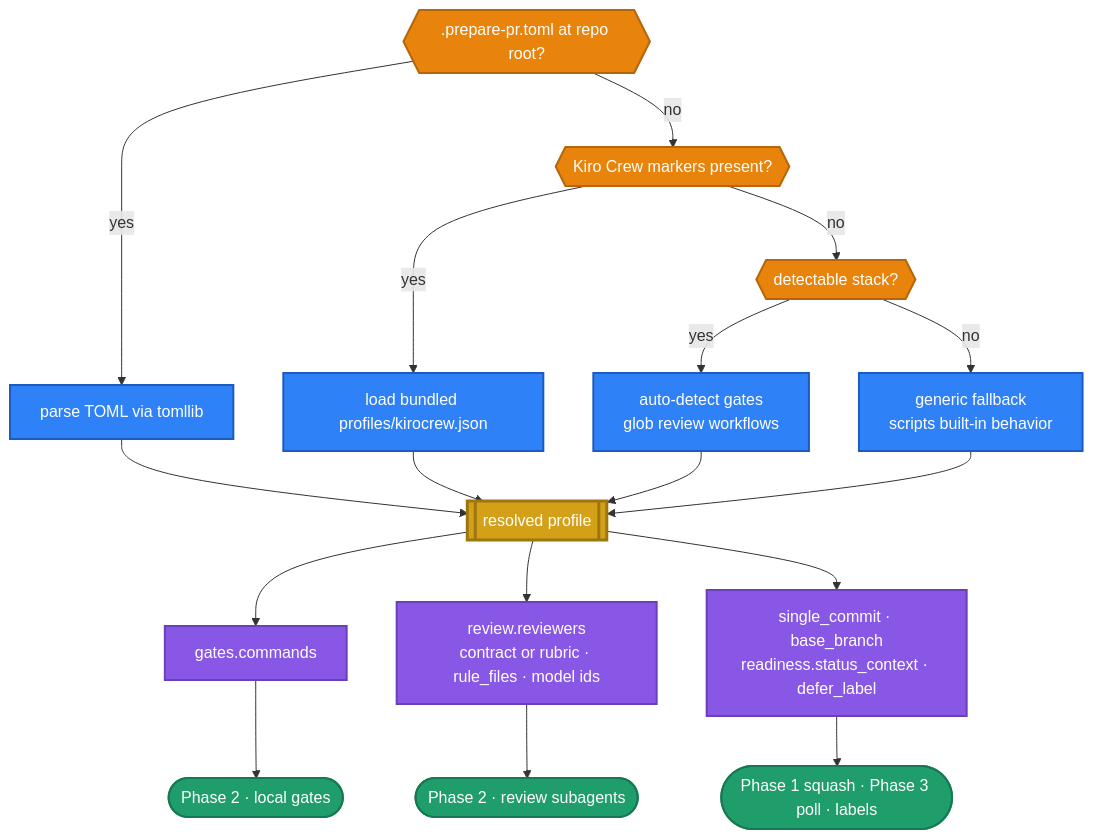
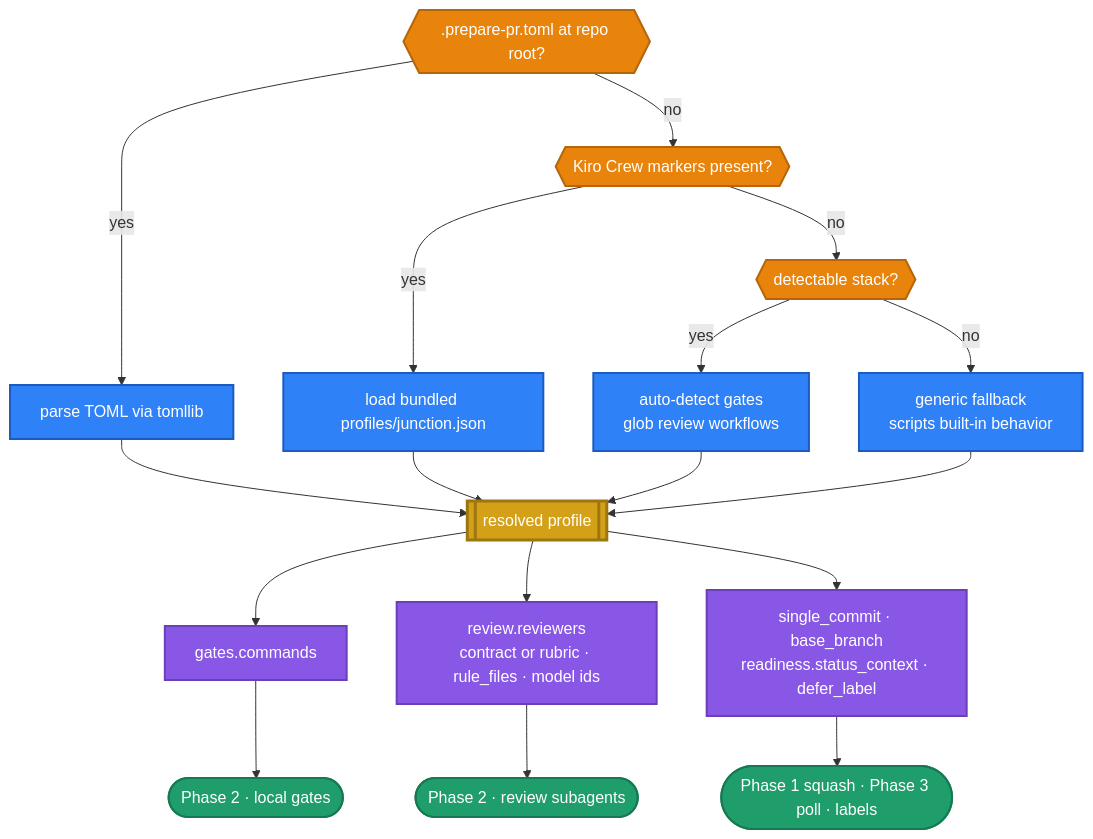
One commit to laqaer/acpcrew changed the second of 2 diagrams in docs/ci/prepare-pr-portability.md. Above: the diagram before and after it, drawn with Mermaid. The commit also changed other lines of this file and 5318 other files, not shown here.

````diff
--- a/docs/ci/prepare-pr-portability.md
+++ b/docs/ci/prepare-pr-portability.md
@@ -247,35 +247,35 @@
 ```mermaid
 flowchart TB
     C1{{".prepare-pr.toml at repo root?"}}
     C1 -->|"yes"| P1["parse TOML via tomllib"]
     C1 -->|"no"| C2{{"Kiro Crew markers present?"}}
-    C2 -->|"yes"| P2["load bundled profiles/kirocrew.json"]
+    C2 -->|"yes"| P2["load bundled profiles/junction.json"]
     C2 -->|"no"| C3{{"detectable stack?"}}
     C3 -->|"yes"| P3["auto-detect gates<br/>glob review workflows"]
     C3 -->|"no"| P4["generic fallback<br/>scripts built-in behavior"]
 
     P1 --> PROF[["resolved profile"]]
     P2 --> PROF
     P3 --> PROF
     P4 --> PROF
 
     PROF --> A1["gates.commands"]
     PROF --> A2["review.reviewers<br/>contract or rubric · rule_files · model ids"]
     PROF --> A3["single_commit · base_branch<br/>readiness.status_context · defer_label"]
 
     A1 --> N1(["Phase 2 · local gates"])
     A2 --> N2(["Phase 2 · review subagents"])
     A3 --> N3(["Phase 1 squash · Phase 3 poll · labels"])
 
     classDef cond fill:#e8830c,stroke:#b5650a,stroke-width:2px,color:#fff;
     classDef path fill:#2f81f7,stroke:#1c5cbf,stroke-width:2px,color:#fff;
     classDef prof fill:#d4a017,stroke:#9c7611,stroke-width:3px,color:#fff;
     classDef axis fill:#8957e5,stroke:#6b3fb8,stroke-width:2px,color:#fff;
     classDef node fill:#1f9d6b,stroke:#157a52,stroke-width:2px,color:#fff;
 
     class C1,C2,C3 cond;
     class P1,P2,P3,P4 path;
     class PROF prof;
     class A1,A2,A3 axis;
     class N1,N2,N3 node;
 ```
````
